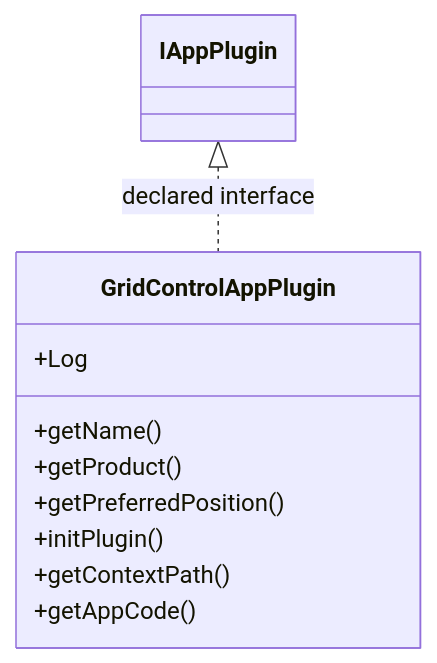
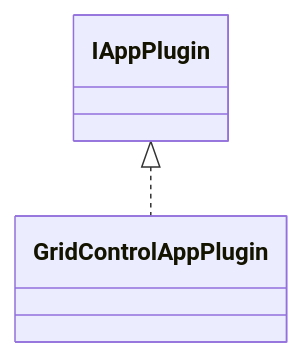
One commit to haruperi/HaruQuantAI changed the diagram in docs/sqx/GridControl/AppGridControl.md. Above: the diagram before and after it, drawn with Mermaid. The commit also changed other lines of this file and 1688 other files, not shown here.

````diff
--- a/docs/sqx/GridControl/AppGridControl.md
+++ b/docs/sqx/GridControl/AppGridControl.md
@@ -30,14 +26,6 @@
 ```mermaid
 classDiagram
-    class C473834b528c5["GridControlAppPlugin"] {
-        +Log
-        +getName()
-        +getProduct()
-        +getPreferredPosition()
-        +initPlugin()
-        +getContextPath()
-        +getAppCode()
-    }
-    class C71ae2af47347["IAppPlugin"]
-    C71ae2af47347 <|.. C473834b528c5 : declared interface
+    class C0["GridControlAppPlugin"]
+    class E0["IAppPlugin"]
+    E0 <|.. C0
 ```
````
